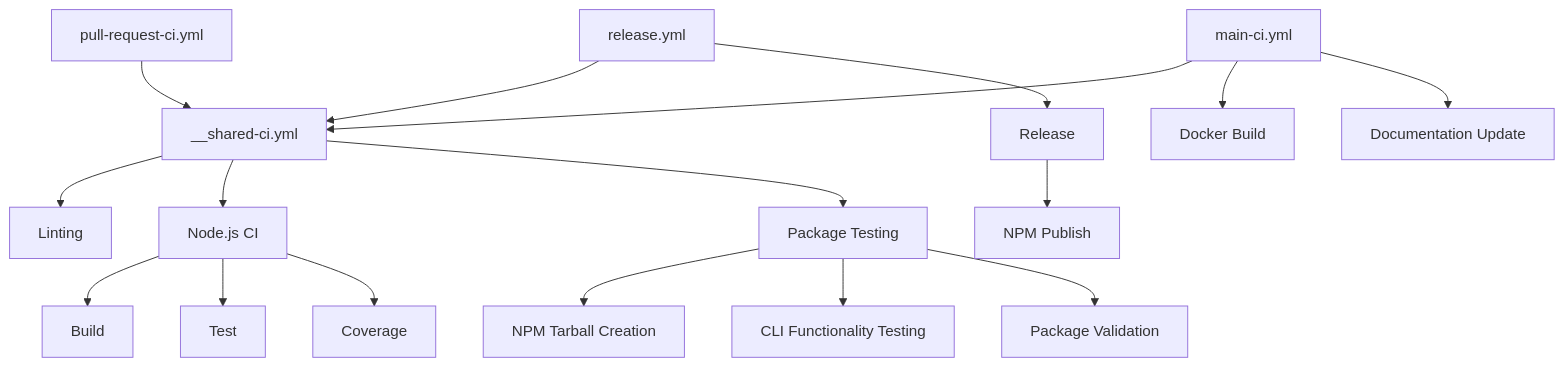
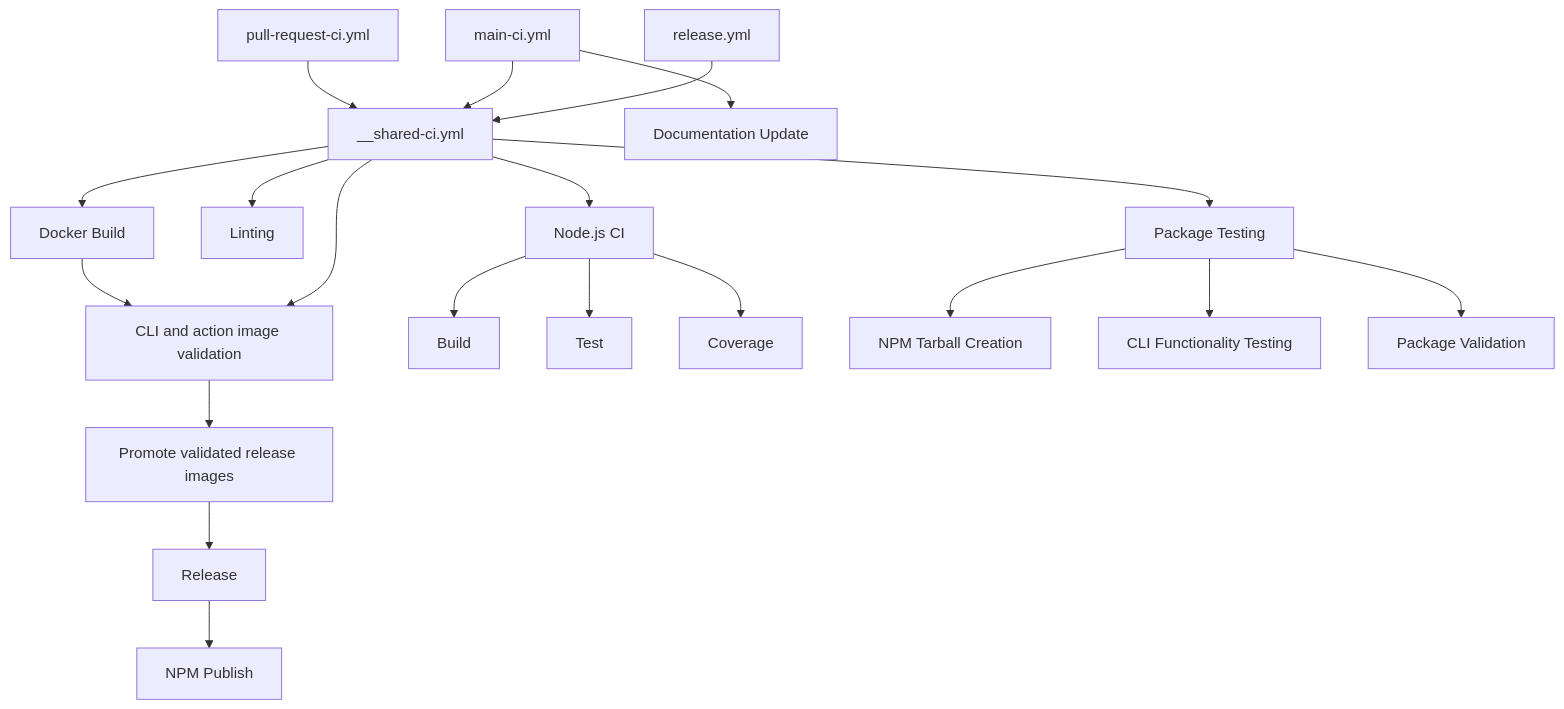
Before and after one commit to hoverkraft-tech/ci-dokumentor: the diagram in packages/docs/content/developers/ci-cd.md, drawn with Mermaid. The commit also changed other lines of this file and 10 other files, not shown here.

Commit message:
ci: release validated npm packages and Docker images

````diff
--- a/packages/docs/content/developers/ci-cd.md
+++ b/packages/docs/content/developers/ci-cd.md
@@ -36,20 +36,23 @@
 ```mermaid
 graph TD
     A[pull-request-ci.yml] --> B[__shared-ci.yml]
     C[main-ci.yml] --> B
-    C --> D[Docker Build]
+    B --> D[Docker Build]
+    D --> V[CLI and action image validation]
     R[release.yml] --> B
-    R --> E[Release]
+    B --> V
+    V --> P0[Promote validated release images]
+    P0 --> E[Release]
     C --> F[Documentation Update]
     E --> G[NPM Publish]
 
     B --> H[Linting]
     B --> I[Node.js CI]
     B --> J[Package Testing]
     I --> K[Build]
     I --> L[Test]
     I --> M[Coverage]
     J --> N[NPM Tarball Creation]
     J --> O[CLI Functionality Testing]
     J --> P[Package Validation]
 ```
````
